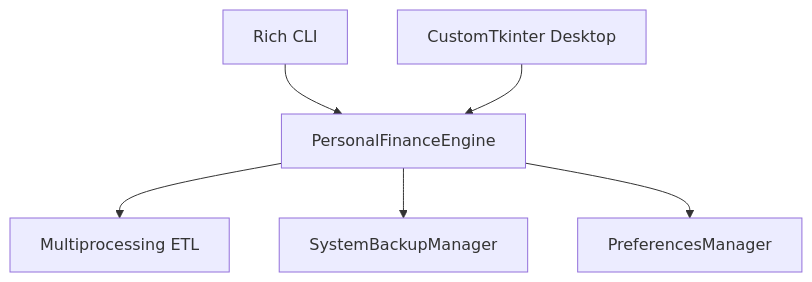
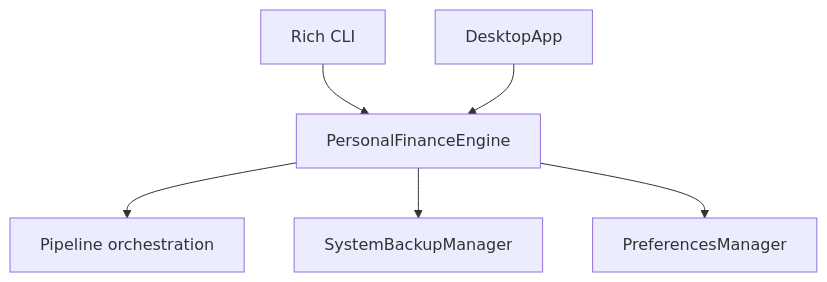
One commit to tks18/personal-finance-etl changed the first of 3 diagrams in docs/getting-started/cli-and-desktop.md. Above: the diagram before and after it, drawn with Mermaid. The commit also changed other lines of this file and 3 other files, not shown here.

````diff
--- a/docs/getting-started/cli-and-desktop.md
+++ b/docs/getting-started/cli-and-desktop.md
@@ -31,8 +11,15 @@
 ```mermaid
 flowchart TB
-    CLI[Rich CLI] --> E[PersonalFinanceEngine]
-    GUI[CustomTkinter Desktop] --> E
-    E --> P[Multiprocessing ETL]
-    E --> B[SystemBackupManager]
-    E --> PREF[PreferencesManager]
+    CLI["Rich CLI"]
+    GUI["DesktopApp"]
+    ENGINE["PersonalFinanceEngine"]
+    PIPE["Pipeline orchestration"]
+    BACKUP["SystemBackupManager"]
+    PREF["PreferencesManager"]
+
+    CLI --> ENGINE
+    GUI --> ENGINE
+    ENGINE --> PIPE
+    ENGINE --> BACKUP
+    ENGINE --> PREF
 ```
````
